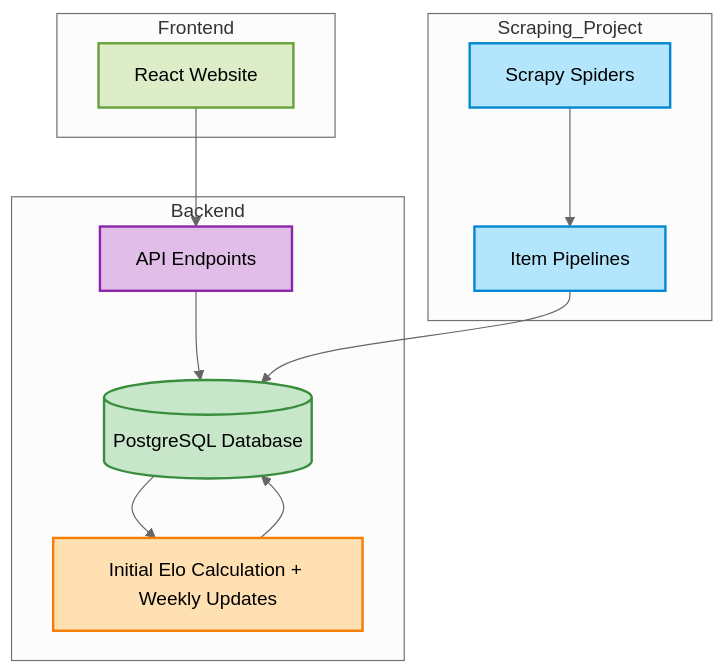
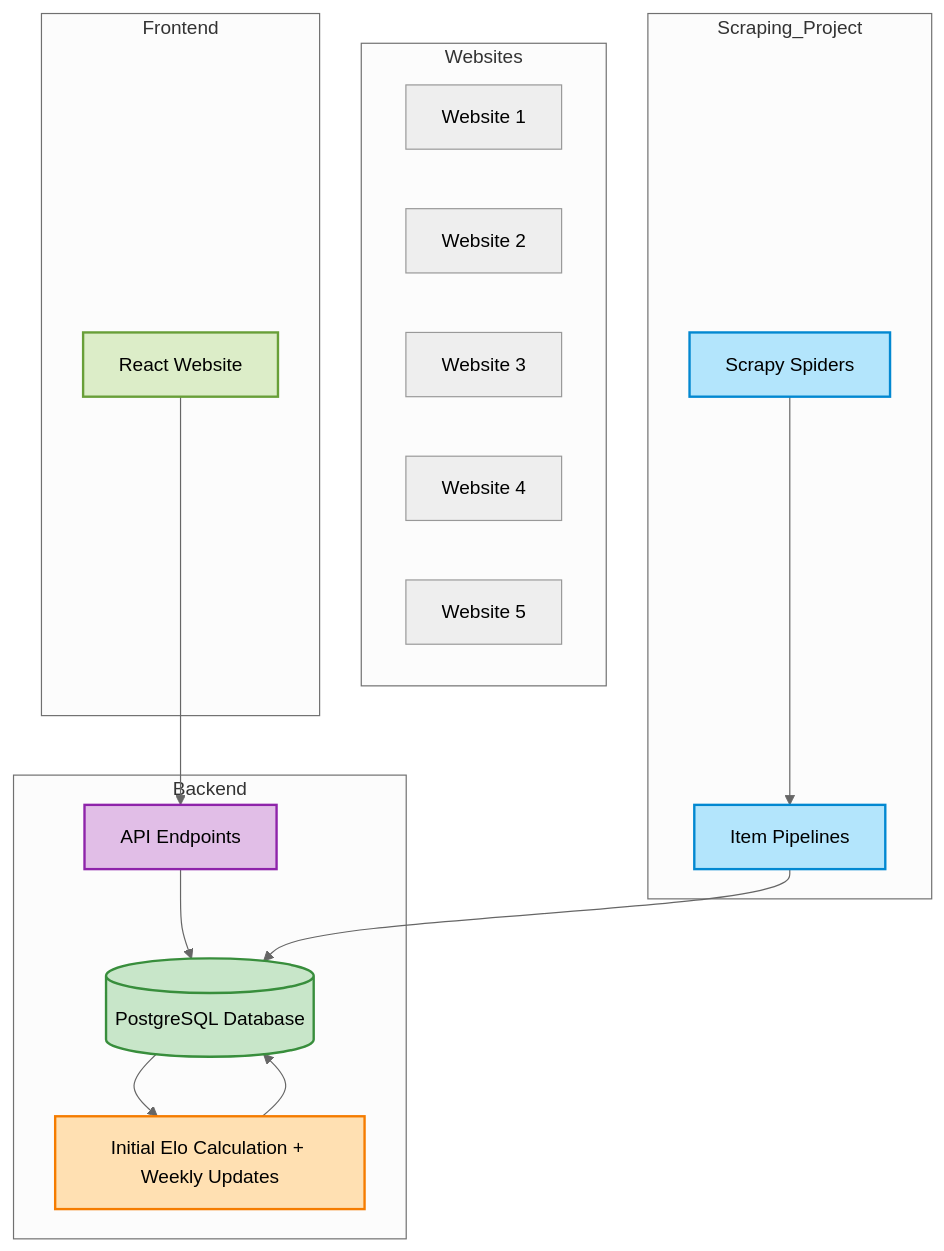
One commit to alpinedev51/mma-elo-engine-py changed the diagram in README.md. Above: the diagram before and after it, drawn with Mermaid (neutral theme).

````diff
--- a/README.md
+++ b/README.md
@@ -52,37 +52,45 @@
 ```mermaid
 flowchart TD
+
+    subgraph Websites
+        W1[Website 1]
+        W2[Website 2]
+        W3[Website 3]
+        W4[Website 4]
+        W5[Website 5]
+    end
 
     subgraph Scraping_Project
         A1[Scrapy Spiders] --> A2[Item Pipelines]
         click A1 "Scrapy Spiders regularly crawl MMA websites for fighter data."
         click A2 "Pipelines process and store the fighter data into the database."
     end
 
     subgraph Backend
         B1[(PostgreSQL Database)] --> C1[Initial Elo Calculation + Weekly Updates]
         C1 --> B1
         D1[API Endpoints] --> B1
         click B1 "PostgreSQL database houses fighter data and Elo scores."
         click C1 "A weekly job calculates and updates Elo ratings."
         click D1 "APIs provide access to stored data."
     end
 
     subgraph Frontend
         E1[React Website] --> D1
         click E1 "Data is displayed on a React-based frontend."
     end
 
     A2 --> B1
 
     classDef blue fill:#B3E5FC,stroke:#0288D1,stroke-width:2px;
     classDef green fill:#C8E6C9,stroke:#388E3C,stroke-width:2px;
     classDef orange fill:#FFE0B2,stroke:#F57C00,stroke-width:2px;
     classDef purple fill:#E1BEE7,stroke:#8E24AA,stroke-width:2px;
     classDef lightgreen fill:#DCEDC8,stroke:#689F38,stroke-width:2px;
 
     class A1,A2 blue;
     class B1 green;
     class C1 orange;
     class D1 purple;
     class E1 lightgreen;
 ```
````
